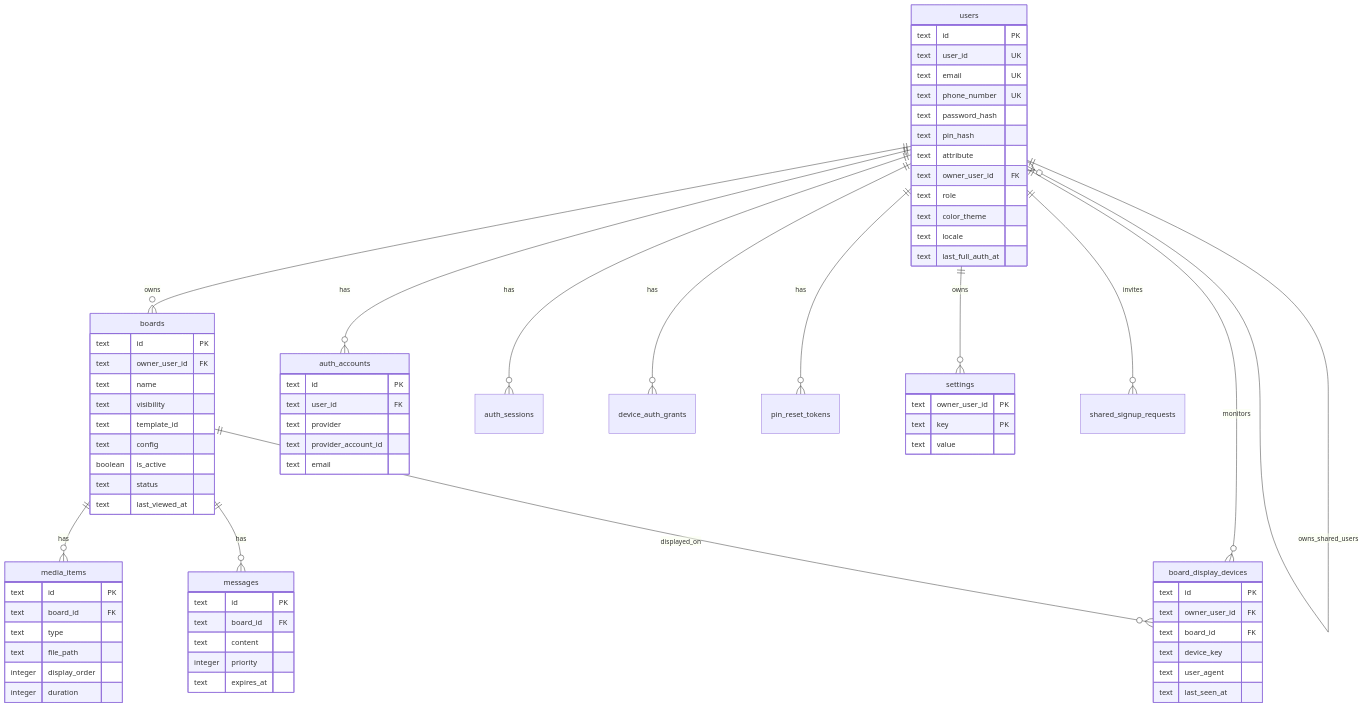
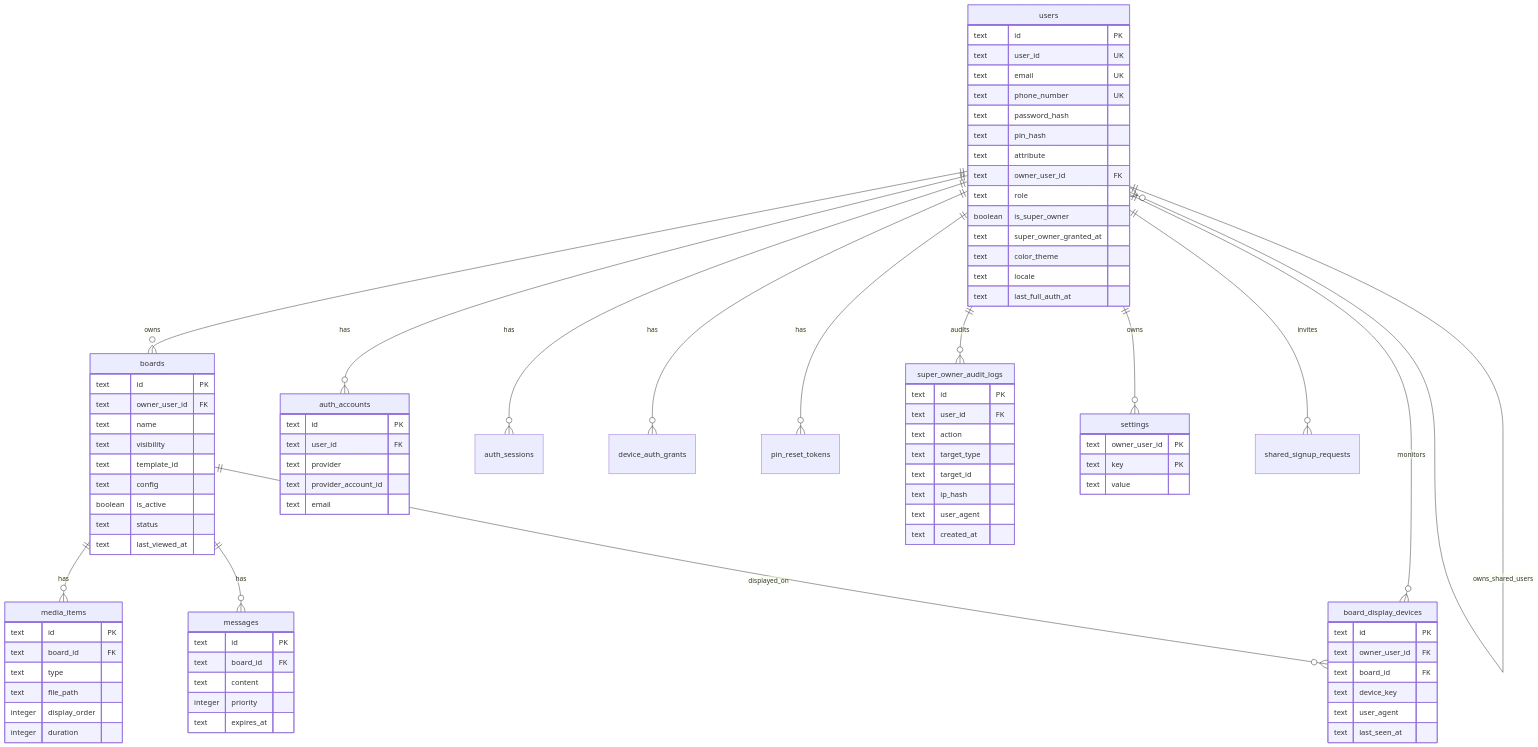
Before and after one commit to HiroshiARAKI/Keinage: the second of 7 diagrams in docs/DESIGN.md, drawn with Mermaid. The commit also changed other lines of this file and 12 other files, not shown here.

Commit message:
feat: add super owner bootstrap foundation

```diff
--- a/docs/DESIGN.md
+++ b/docs/DESIGN.md
@@ -115,6 +115,7 @@
   users ||--o{ auth_sessions : has
   users ||--o{ device_auth_grants : has
   users ||--o{ pin_reset_tokens : has
+  users ||--o{ super_owner_audit_logs : audits
   users ||--o{ settings : owns
   users ||--o{ board_display_devices : monitors
   users ||--o{ shared_signup_requests : invites
@@ -132,9 +133,22 @@
     text attribute
     text owner_user_id FK
     text role
+    boolean is_super_owner
+    text super_owner_granted_at
     text color_theme
     text locale
     text last_full_auth_at
+  }
+
+  super_owner_audit_logs {
+    text id PK
+    text user_id FK
+    text action
+    text target_type
+    text target_id
+    text ip_hash
+    text user_agent
+    text created_at
   }
 
   auth_accounts {
```
